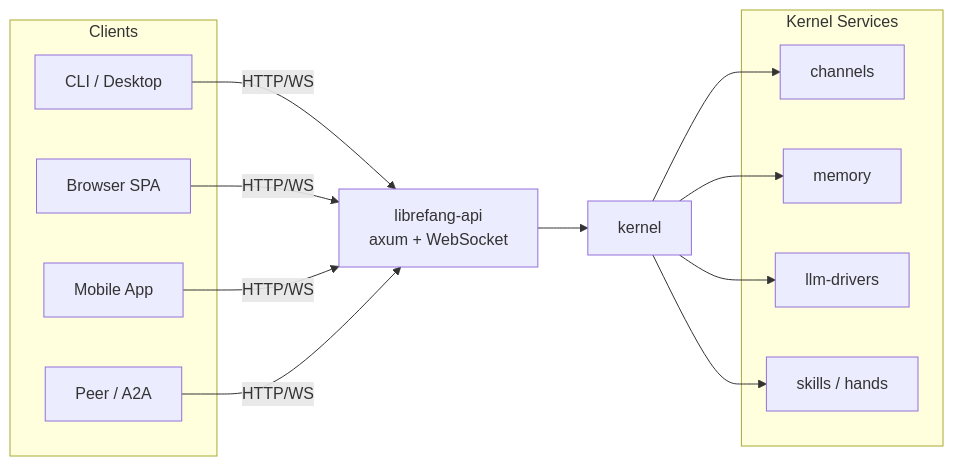
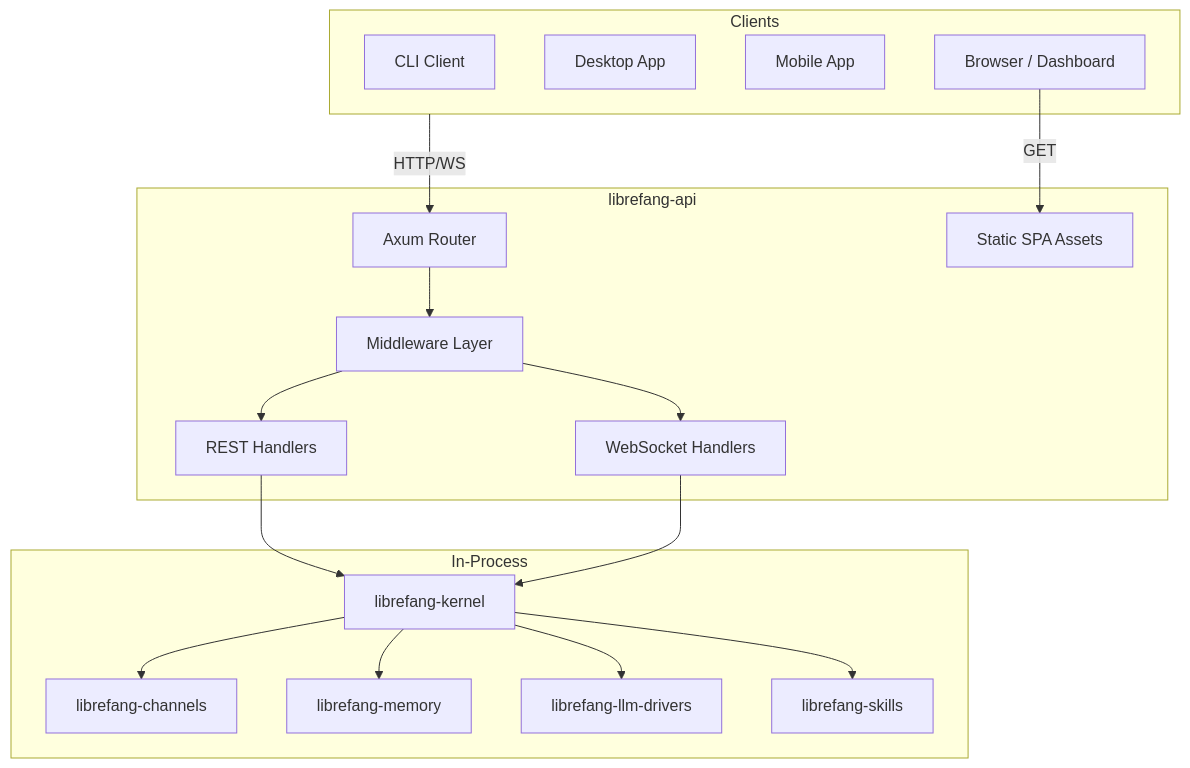
The diagram in other-librefang-api.md (leszek3737/librefang-WIki), drawn with Mermaid before and after one commit. The commit also changed other lines of this file and 70 other files, not shown here.

````diff
--- a/other-librefang-api.md
+++ b/other-librefang-api.md
@@ -11,26 +11,37 @@
 ```mermaid
-graph LR
+graph TB
     subgraph Clients
-        CLI[CLI / Desktop]
-        WEB[Browser SPA]
-        MOBILE[Mobile App]
-        PEER[Peer / A2A]
+        CLI[CLI Client]
+        Desktop[Desktop App]
+        Mobile[Mobile App]
+        Browser[Browser / Dashboard]
     end
-    API[librefang-api<br/>axum + WebSocket]
-    K[kernel]
-    subgraph Kernel Services
-        CH[channels]
-        MEM[memory]
-        LLM[llm-drivers]
-        SK[skills / hands]
+
+    subgraph librefang-api
+        Router[Axum Router]
+        MW[Middleware Layer]
+        REST[REST Handlers]
+        WS[WebSocket Handlers]
+        SPA[Static SPA Assets]
     end
-    CLI -->|HTTP/WS| API
-    WEB -->|HTTP/WS| API
-    MOBILE -->|HTTP/WS| API
-    PEER -->|HTTP/WS| API
-    API --> K
-    K --> CH
-    K --> MEM
-    K --> LLM
-    K --> SK
+
+    subgraph In-Process
+        Kernel[librefang-kernel]
+        Channels[librefang-channels]
+        Memory[librefang-memory]
+        LLM[librefang-llm-drivers]
+        Skills[librefang-skills]
+    end
+
+    Clients -->|HTTP/WS| Router
+    Router --> MW
+    MW --> REST
+    MW --> WS
+    Browser -->|GET| SPA
+    REST --> Kernel
+    WS --> Kernel
+    Kernel --> Channels
+    Kernel --> Memory
+    Kernel --> LLM
+    Kernel --> Skills
 ```
````
